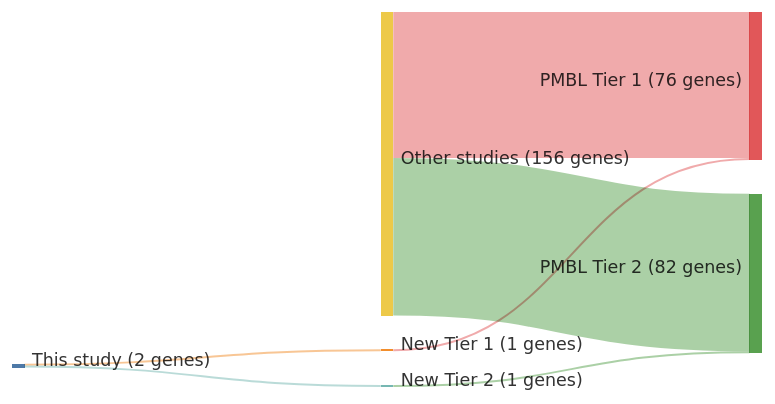
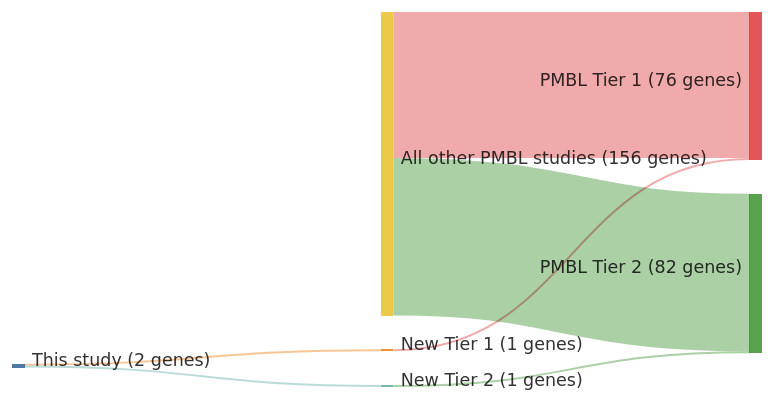
Before and after one commit to morinlab/lymphopedia: the diagram in papers/wenigerMutationsTumorSuppressor2006a.md, drawn with Mermaid. The commit also changed 82 other files, not shown here.

````diff
--- a/papers/wenigerMutationsTumorSuppressor2006a.md
+++ b/papers/wenigerMutationsTumorSuppressor2006a.md
@@ -12,20 +12,20 @@
 ```mermaid
 ---
 config:
     sankey:
         showValues: true
         linkColor: target
         width: 600
         height: 300
         nodeAlignment: right
         prefix: '('
         suffix: ' genes)'
 ---
 sankey-beta
 This study, New Tier 1, 1
 New Tier 1, PMBL Tier 1, 1
 This study, New Tier 2, 1
 New Tier 2, PMBL Tier 2, 1
-Other studies, PMBL Tier 1, 75
-Other studies, PMBL Tier 2, 81
+All other PMBL studies, PMBL Tier 1, 75
+All other PMBL studies, PMBL Tier 2, 81
 ```
````
